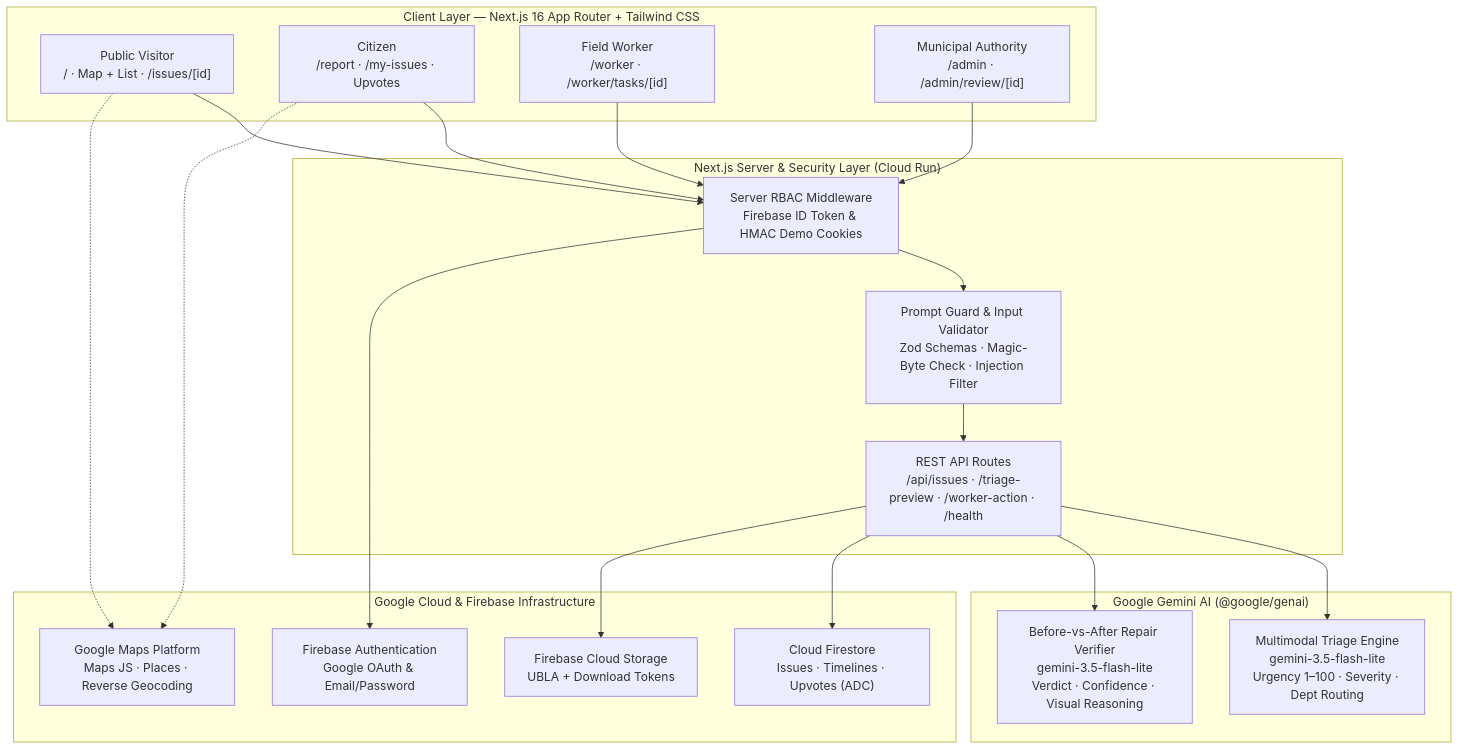
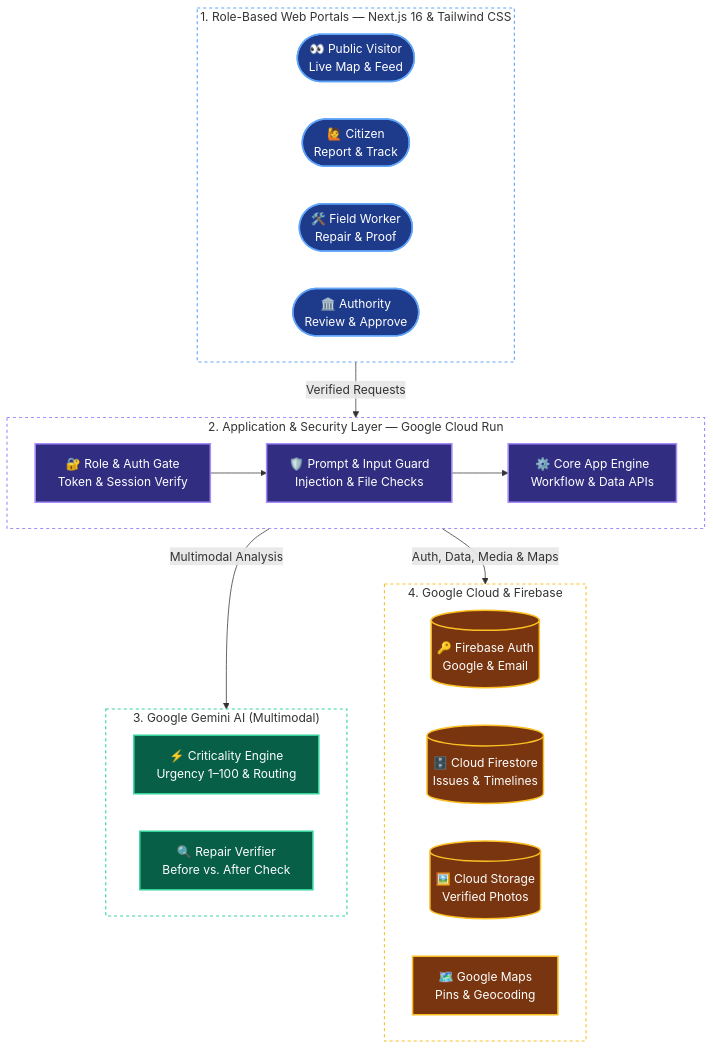
One commit to kalyaansk/civic-resolve changed the diagram in README.md. Above: the diagram before and after it, drawn with Mermaid. The commit also changed other lines of this file, not shown here.

````diff
--- a/README.md
+++ b/README.md
@@ -31,40 +38,51 @@
 ```mermaid
 flowchart TB
-    subgraph Client["Client Layer — Next.js 16 App Router + Tailwind CSS"]
-        PUB["Public Visitor<br/>/ · Map + List · /issues/[id]"]
-        CIT["Citizen<br/>/report · /my-issues · Upvotes"]
-        WRK["Field Worker<br/>/worker · /worker/tasks/[id]"]
-        AUT["Municipal Authority<br/>/admin · /admin/review/[id]"]
+    subgraph Users["1. Role-Based Web Portals — Next.js 16 & Tailwind CSS"]
+        direction LR
+        PUB(["👀 Public Visitor<br/>Live Map & Feed"])
+        CIT(["🙋 Citizen<br/>Report & Track"])
+        WRK(["🛠️ Field Worker<br/>Repair & Proof"])
+        AUT(["🏛️ Authority<br/>Review & Approve"])
     end
 
-    subgraph Edge["Next.js Server & Security Layer (Cloud Run)"]
-        RBAC["Server RBAC Middleware<br/>Firebase ID Token & HMAC Demo Cookies"]
-        GUARD["Prompt Guard & Input Validator<br/>Zod Schemas · Magic-Byte Check · Injection Filter"]
-        API["REST API Routes<br/>/api/issues · /triage-preview · /worker-action · /health"]
+    subgraph Server["2. Application & Security Layer — Google Cloud Run"]
+        direction LR
+        AUTH_GATE["🔐 Role & Auth Gate<br/>Token & Session Verify"]
+        GUARD["🛡️ Prompt & Input Guard<br/>Injection & File Checks"]
+        CORE["⚙️ Core App Engine<br/>Workflow & Data APIs"]
+        AUTH_GATE --> GUARD --> CORE
     end
 
-    subgraph AI["Google Gemini AI (@google/genai)"]
-        TRIAGE["Multimodal Triage Engine<br/>gemini-3.5-flash-lite<br/>Urgency 1–100 · Severity · Dept Routing"]
-        VERIFY["Before-vs-After Repair Verifier<br/>gemini-3.5-flash-lite<br/>Verdict · Confidence · Visual Reasoning"]
+    subgraph AI["3. Google Gemini AI (Multimodal)"]
+        direction LR
+        TRIAGE["⚡ Criticality Engine<br/>Urgency 1–100 & Routing"]
+        VERIFY["🔍 Repair Verifier<br/>Before vs. After Check"]
     end
 
-    subgraph GCP["Google Cloud & Firebase Infrastructure"]
-        AUTH["Firebase Authentication<br/>Google OAuth & Email/Password"]
-        FS["Cloud Firestore<br/>Issues · Timelines · Upvotes (ADC)"]
-        STG["Firebase Cloud Storage<br/>UBLA + Download Tokens"]
-        MAPS["Google Maps Platform<br/>Maps JS · Places · Reverse Geocoding"]
+    subgraph Cloud["4. Google Cloud & Firebase"]
+        direction LR
+        FAUTH[("🔑 Firebase Auth<br/>Google & Email")]
+        FS[("🗄️ Cloud Firestore<br/>Issues & Timelines")]
+        STG[("🖼️ Cloud Storage<br/>Verified Photos")]
+        MAPS["🗺️ Google Maps<br/>Pins & Geocoding"]
     end
 
-    PUB --> RBAC
-    CIT --> RBAC
-    WRK --> RBAC
-    AUT --> RBAC
-    PUB -.-> MAPS
-    CIT -.-> MAPS
-    RBAC --> GUARD --> API
-    API --> TRIAGE
-    API --> VERIFY
-    API --> FS
-    API --> STG
-    RBAC --> AUTH
+    Users -->|"Verified Requests"| Server
+    Server -->|"Multimodal Analysis"| AI
+    Server -->|"Auth, Data, Media & Maps"| Cloud
+
+    classDef userNode fill:#1e3a8a,stroke:#60a5fa,stroke-width:2px,color:#ffffff
+    classDef secNode fill:#312e81,stroke:#a78bfa,stroke-width:2px,color:#ffffff
+    classDef aiNode fill:#065f46,stroke:#34d399,stroke-width:2px,color:#ffffff
+    classDef cloudNode fill:#78350f,stroke:#fbbf24,stroke-width:2px,color:#ffffff
+
+    class PUB,CIT,WRK,AUT userNode
+    class AUTH_GATE,GUARD,CORE secNode
+    class TRIAGE,VERIFY aiNode
+    class FAUTH,FS,STG,MAPS cloudNode
+
+    style Users fill:transparent,stroke:#60a5fa,stroke-width:1.5px,stroke-dasharray:4 4
+    style Server fill:transparent,stroke:#a78bfa,stroke-width:1.5px,stroke-dasharray:4 4
+    style AI fill:transparent,stroke:#34d399,stroke-width:1.5px,stroke-dasharray:4 4
+    style Cloud fill:transparent,stroke:#fbbf24,stroke-width:1.5px,stroke-dasharray:4 4
 ```
````
